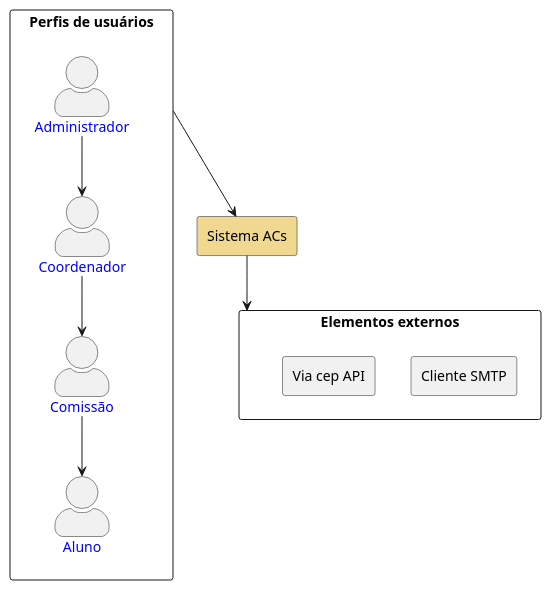
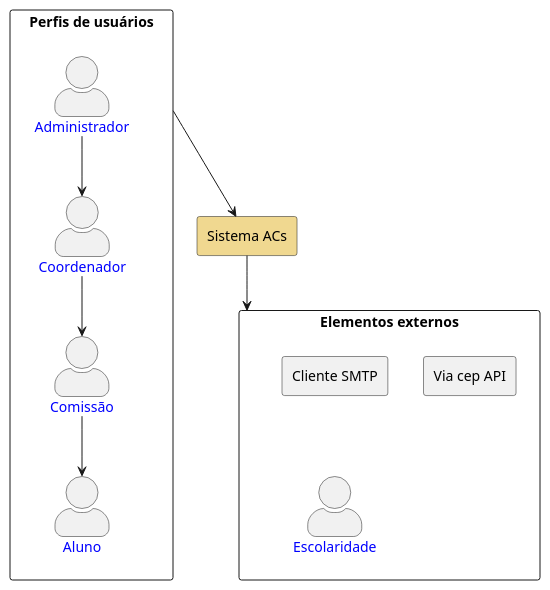
The diagram in docs_source/src/2. Níveis/2.1 Contexto - C1/diagrama-c1.puml (kvojps/sistema-acs), drawn with PlantUML before and after one commit. The commit also changed 3 other files, not shown here.

```diff
--- a/docs_source/src/2. Níveis/2.1 Contexto - C1/diagrama-c1.puml
+++ b/docs_source/src/2. Níveis/2.1 Contexto - C1/diagrama-c1.puml
@@ -1,24 +1,25 @@
 @startuml Diagrama c1 - contexto
 skinparam actorStyle awesome
 
 rectangle "Perfis de usuários" as usuarios{
     actor Aluno #text:blue
     actor Comissão #text:blue
     actor Coordenador #text:blue
     actor Administrador #text:blue
 }
 
 rectangle sistema_acs as "Sistema ACs" #f0d890
 
 rectangle "Elementos externos" as external_elements {
     agent cliente_smtp as "Cliente SMTP"
     agent via_cep as "Via cep API"
+    actor Escolaridade #text:blue
 }
 
 Administrador -down-> Coordenador
 Coordenador -down-> Comissão
 Comissão -down-> Aluno
 usuarios -down-> sistema_acs
 
 sistema_acs -down-> external_elements
 @enduml
```
